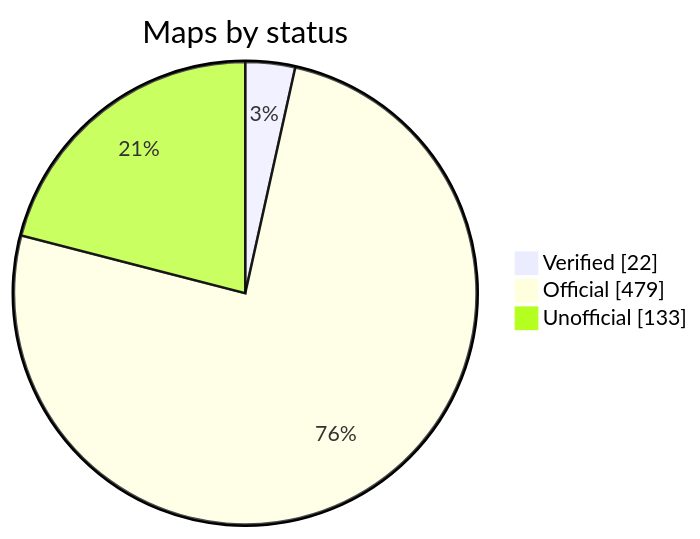
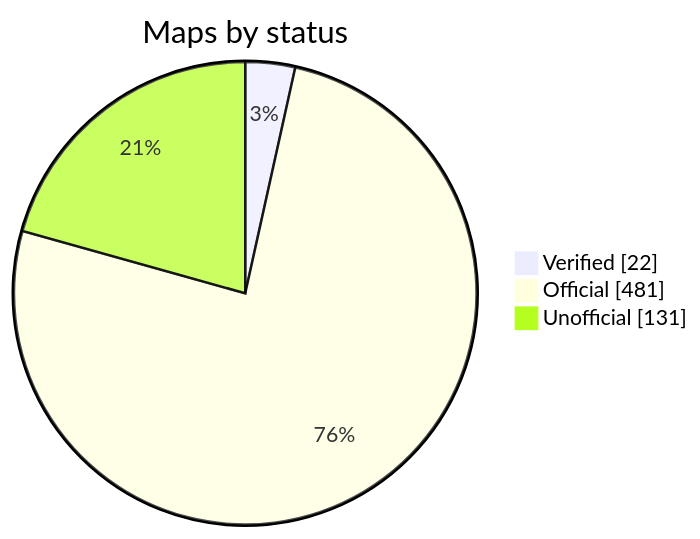
Before and after one commit to nobrega8/mbmap-library: the diagram in README.md, drawn with Mermaid. The commit also changed 7 other files, not shown here.

````diff
--- a/README.md
+++ b/README.md
@@ -52,7 +52,7 @@
 ```mermaid
 pie showData
     title Maps by status
     "Verified" : 22
-    "Official" : 479
-    "Unofficial" : 133
+    "Official" : 481
+    "Unofficial" : 131
 ```
````
